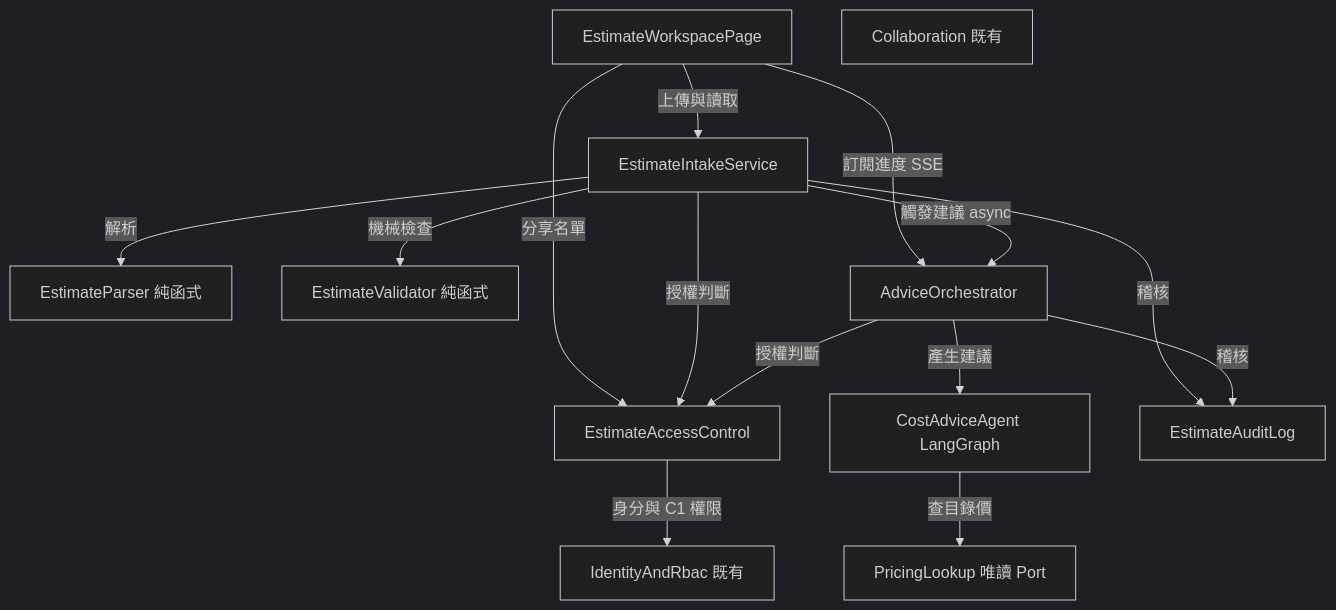
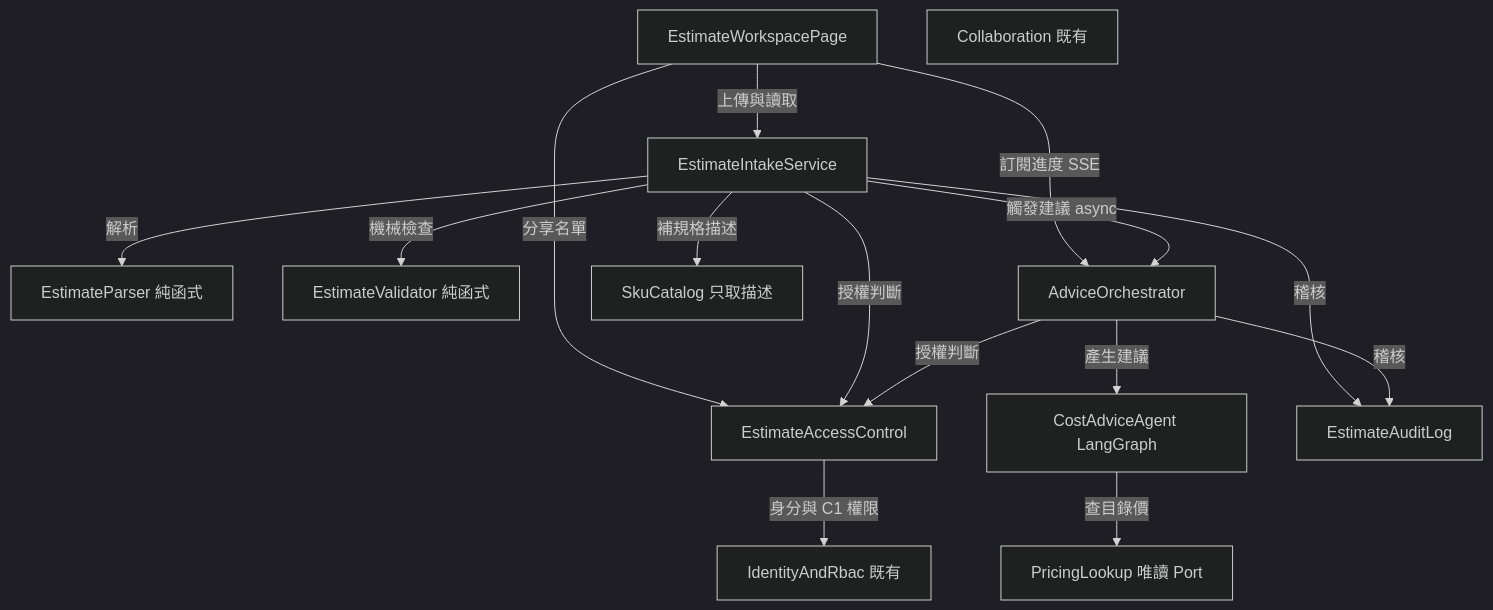
One commit to opendiamonds/cloud-360 changed the diagram in aidlc/spaces/default/intents/260916-estimate-upload-rework/inception/domain-design/components.md. Above: the diagram before and after it, drawn with Mermaid (dark theme). The commit also changed other lines of this file and 56 other files, not shown here.

````diff
--- a/aidlc/spaces/default/intents/260916-estimate-upload-rework/inception/domain-design/components.md
+++ b/aidlc/spaces/default/intents/260916-estimate-upload-rework/inception/domain-design/components.md
@@ -386,28 +422,30 @@
 ```mermaid
 graph TD
   PAGE["EstimateWorkspacePage"]
   INTAKE["EstimateIntakeService"]
   PARSER["EstimateParser 純函式"]
   VALID["EstimateValidator 純函式"]
   ACL["EstimateAccessControl"]
   ADVISOR["AdviceOrchestrator"]
   AGENT["CostAdviceAgent LangGraph"]
   PRICE["PricingLookup 唯讀 Port"]
+  SKU["SkuCatalog 只取描述"]
   AUDIT["EstimateAuditLog"]
   IDENT["IdentityAndRbac 既有"]
   COLLAB["Collaboration 既有"]
 
   PAGE -->|"上傳與讀取"| INTAKE
   PAGE -->|"訂閱進度 SSE"| ADVISOR
   PAGE -->|"分享名單"| ACL
   INTAKE -->|"解析"| PARSER
   INTAKE -->|"機械檢查"| VALID
   INTAKE -->|"授權判斷"| ACL
   INTAKE -->|"稽核"| AUDIT
   INTAKE -->|"觸發建議 async"| ADVISOR
+  INTAKE -->|"補規格描述"| SKU
   ADVISOR -->|"產生建議"| AGENT
   ADVISOR -->|"授權判斷"| ACL
   ADVISOR -->|"稽核"| AUDIT
   AGENT -->|"查目錄價"| PRICE
   ACL -->|"身分與 C1 權限"| IDENT
 ```
````
